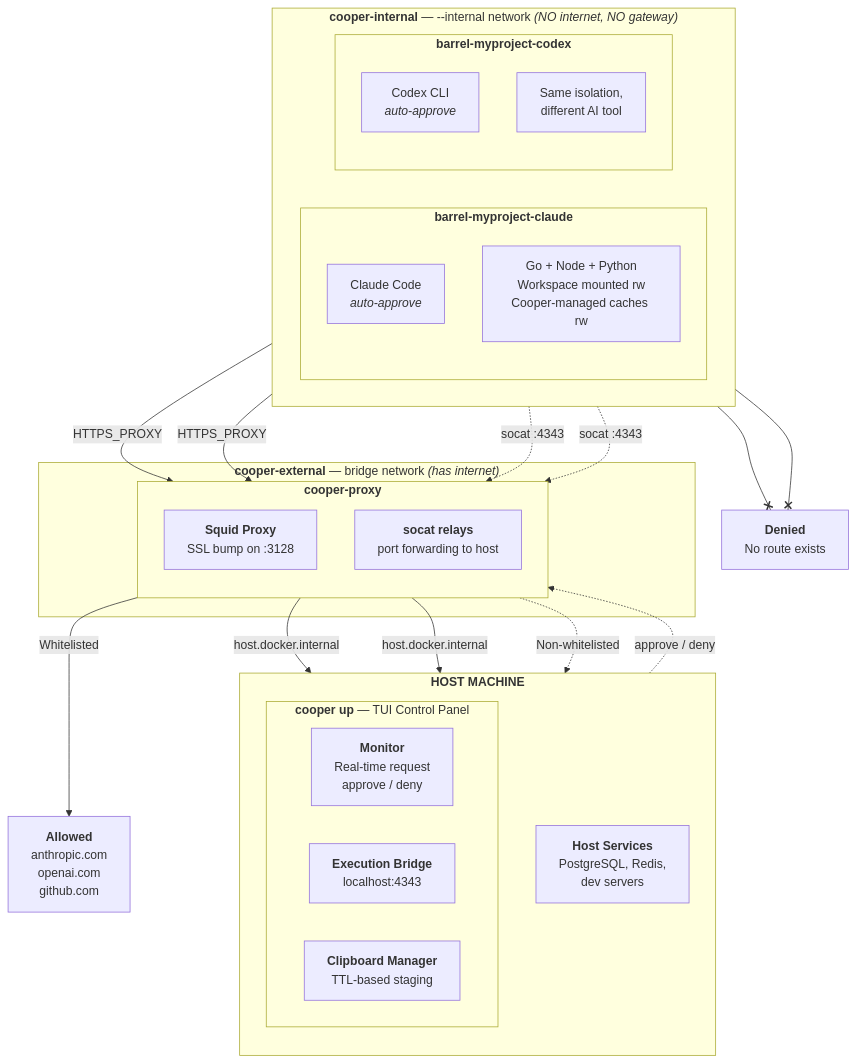
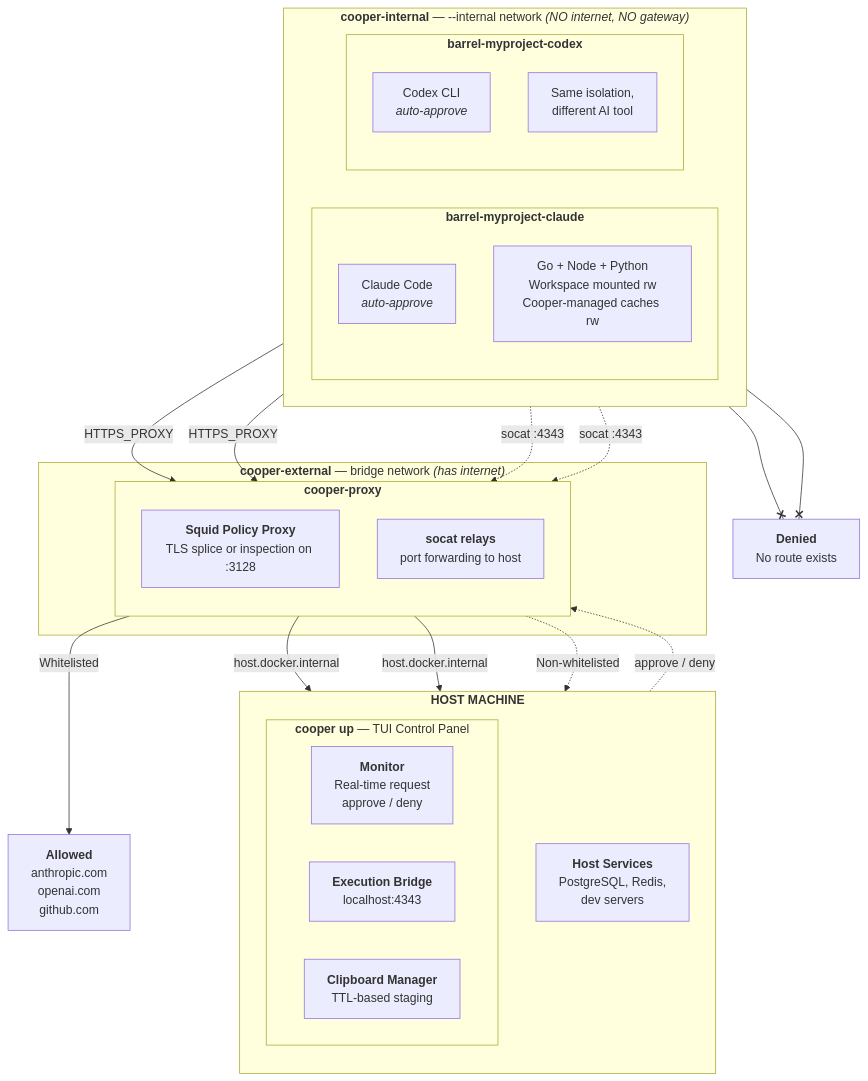
Before and after one commit to rickchristie/govner: the diagram in cooper/README.md, drawn with Mermaid. The commit also changed other lines of this file and 180 other files, not shown here.

````diff
--- a/cooper/README.md
+++ b/cooper/README.md
@@ -79,51 +81,51 @@
 ```mermaid
 flowchart TB
     subgraph host["<b>HOST MACHINE</b>"]
         direction TB
 
         subgraph tui["<b>cooper up</b> &mdash; TUI Control Panel"]
             direction LR
             monitor["<b>Monitor</b><br/>Real-time request<br/>approve / deny"]
             bridge_api["<b>Execution Bridge</b><br/>localhost:4343"]
             clipboard["<b>Clipboard Manager</b><br/>TTL-based staging"]
         end
 
         host_services["<b>Host Services</b><br/>PostgreSQL, Redis,<br/>dev servers"]
     end
 
     subgraph external["<b>cooper-external</b> &mdash; bridge network <i>(has internet)</i>"]
         subgraph proxy_box["<b>cooper-proxy</b>"]
             direction TB
-            squid["<b>Squid Proxy</b><br/>SSL bump on :3128"]
+            squid["<b>Squid Policy Proxy</b><br/>TLS splice or inspection on :3128"]
             socat_proxy["<b>socat relays</b><br/>port forwarding to host"]
         end
     end
 
     subgraph internal["<b>cooper-internal</b> &mdash; --internal network <i>(NO internet, NO gateway)</i>"]
         direction LR
         subgraph barrel1["<b>barrel-myproject-claude</b>"]
             claude["Claude Code<br/><i>auto-approve</i>"]
             tools1["Go + Node + Python<br/>Workspace mounted rw<br/>Cooper-managed caches rw"]
         end
         subgraph barrel2["<b>barrel-myproject-codex</b>"]
             codex["Codex CLI<br/><i>auto-approve</i>"]
             tools2["Same isolation,<br/>different AI tool"]
         end
     end
 
     allowed["<b>Allowed</b><br/>anthropic.com<br/>openai.com<br/>github.com"]
     denied["<b>Denied</b><br/>No route exists"]
 
     barrel1 -- "HTTPS_PROXY" --> squid
     barrel2 -- "HTTPS_PROXY" --> squid
     barrel1 -. "socat :4343" .-> socat_proxy
     barrel2 -. "socat :4343" .-> socat_proxy
     socat_proxy -- "host.docker.internal" --> host_services
     socat_proxy -- "host.docker.internal" --> bridge_api
     squid -- "Whitelisted" --> allowed
     squid -. "Non-whitelisted" .-> monitor
     monitor -. "approve / deny" .-> squid
     barrel1 --x denied
     barrel2 --x denied
 
 ```
````
